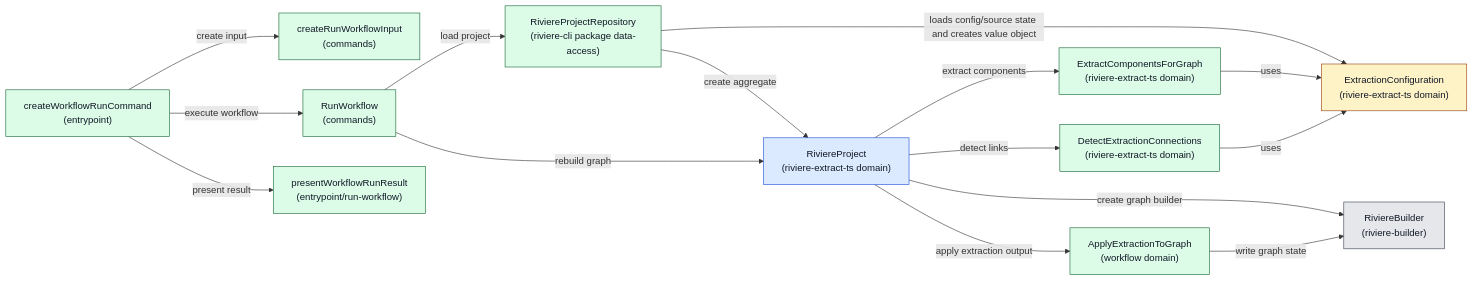
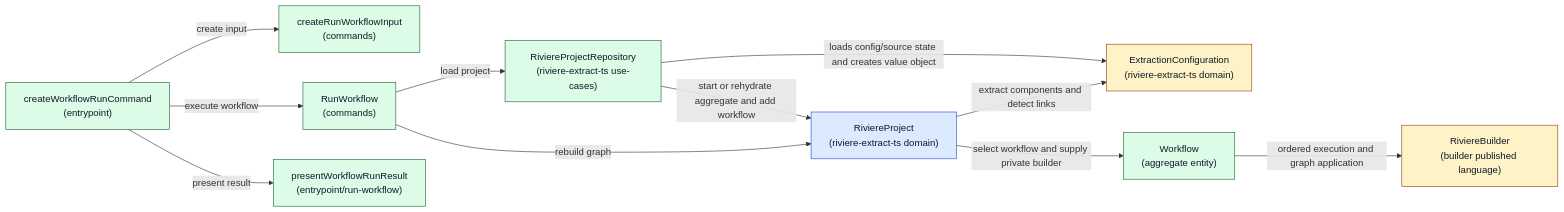
Before and after one commit to NTCoding/living-architecture: the second of 5 diagrams in docs/project/PRD/riviere-extraction-workflows-v1/ARCH.md, drawn with Mermaid. The commit also changed other lines of this file and 251 other files, not shown here.

Commit message:
feat: evolve issue 407 project domain model

````diff
--- a/docs/project/PRD/riviere-extraction-workflows-v1/ARCH.md
+++ b/docs/project/PRD/riviere-extraction-workflows-v1/ARCH.md
@@ -206,46 +222,37 @@
 ```mermaid
 flowchart LR
   entrypoint["createWorkflowRunCommand<br/>(entrypoint)"]
   inputFactory["createRunWorkflowInput<br/>(commands)"]
   useCase["RunWorkflow<br/>(commands)"]
-  repository["RiviereProjectRepository<br/>(riviere-cli package data-access)"]
+  repository["RiviereProjectRepository<br/>(riviere-extract-ts use-cases)"]
   extractionStage["ExtractionConfiguration<br/>(riviere-extract-ts domain)"]
-  extractComponents["ExtractComponentsForGraph<br/>(riviere-extract-ts domain)"]
-  detectConnections["DetectExtractionConnections<br/>(riviere-extract-ts domain)"]
   project["RiviereProject<br/>(riviere-extract-ts domain)"]
-  builder["RiviereBuilder<br/>(riviere-builder)"]
-  applyExtractionToGraph["ApplyExtractionToGraph<br/>(workflow domain)"]
+  workflow["Workflow<br/>(aggregate entity)"]
+  builder["RiviereBuilder<br/>(builder published language)"]
   formatter["presentWorkflowRunResult<br/>(entrypoint/run-workflow)"]
 
   entrypoint -->|create input| inputFactory
   entrypoint -->|execute workflow| useCase
   useCase -->|load project| repository
   repository -->|loads config/source state and creates value object| extractionStage
-  repository -->|create aggregate| project
+  repository -->|start or rehydrate aggregate and add workflow| project
   useCase -->|rebuild graph| project
-  project -->|create graph builder| builder
-  project -->|extract components| extractComponents
-  project -->|detect links| detectConnections
-  extractComponents -->|uses| extractionStage
-  detectConnections -->|uses| extractionStage
-  project -->|apply extraction output| applyExtractionToGraph
-  applyExtractionToGraph -->|write graph state| builder
+  project -->|select workflow and supply private builder| workflow
+  workflow -->|ordered execution and graph application| builder
+  project -->|extract components and detect links| extractionStage
   entrypoint -->|present result| formatter
 
   classDef statusExisting fill:#e5e7eb,stroke:#374151,color:#111827
   classDef statusChanged fill:#fef3c7,stroke:#92400e,color:#111827
   classDef statusNew fill:#dcfce7,stroke:#166534,color:#111827
   classDef statusRequiresRoleChange fill:#dbeafe,stroke:#1d4ed8,color:#111827
   class entrypoint statusNew
   class inputFactory statusNew
   class useCase statusNew
   class repository statusNew
-  class extractionStageMaterializer statusRequiresRoleChange
   class extractionStage statusChanged
-  class extractComponents statusNew
-  class detectConnections statusNew
   class project statusRequiresRoleChange
-  class builder statusExisting
-  class applyExtractionToGraph statusNew
+  class workflow statusNew
+  class builder statusChanged
   class formatter statusNew
 ```
````
